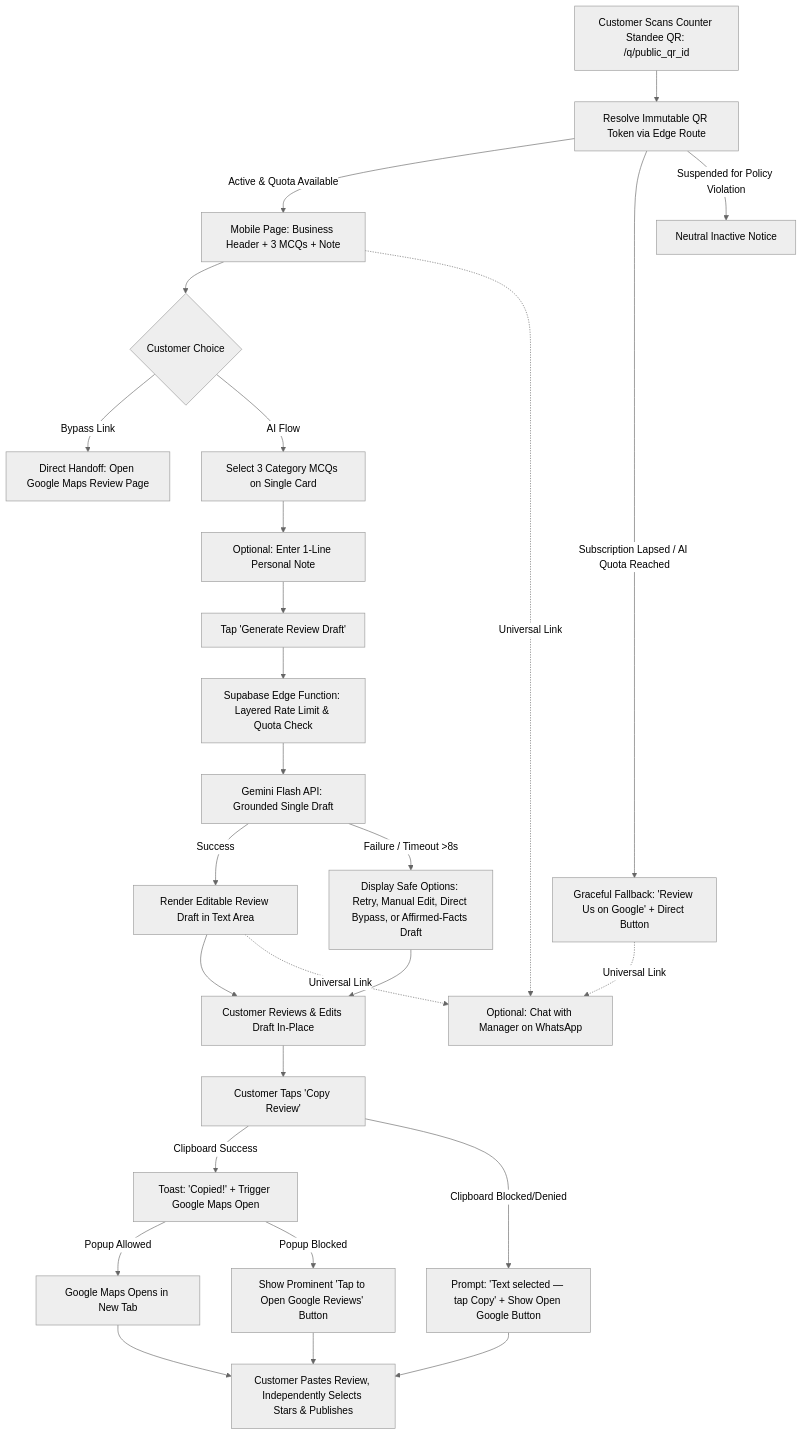
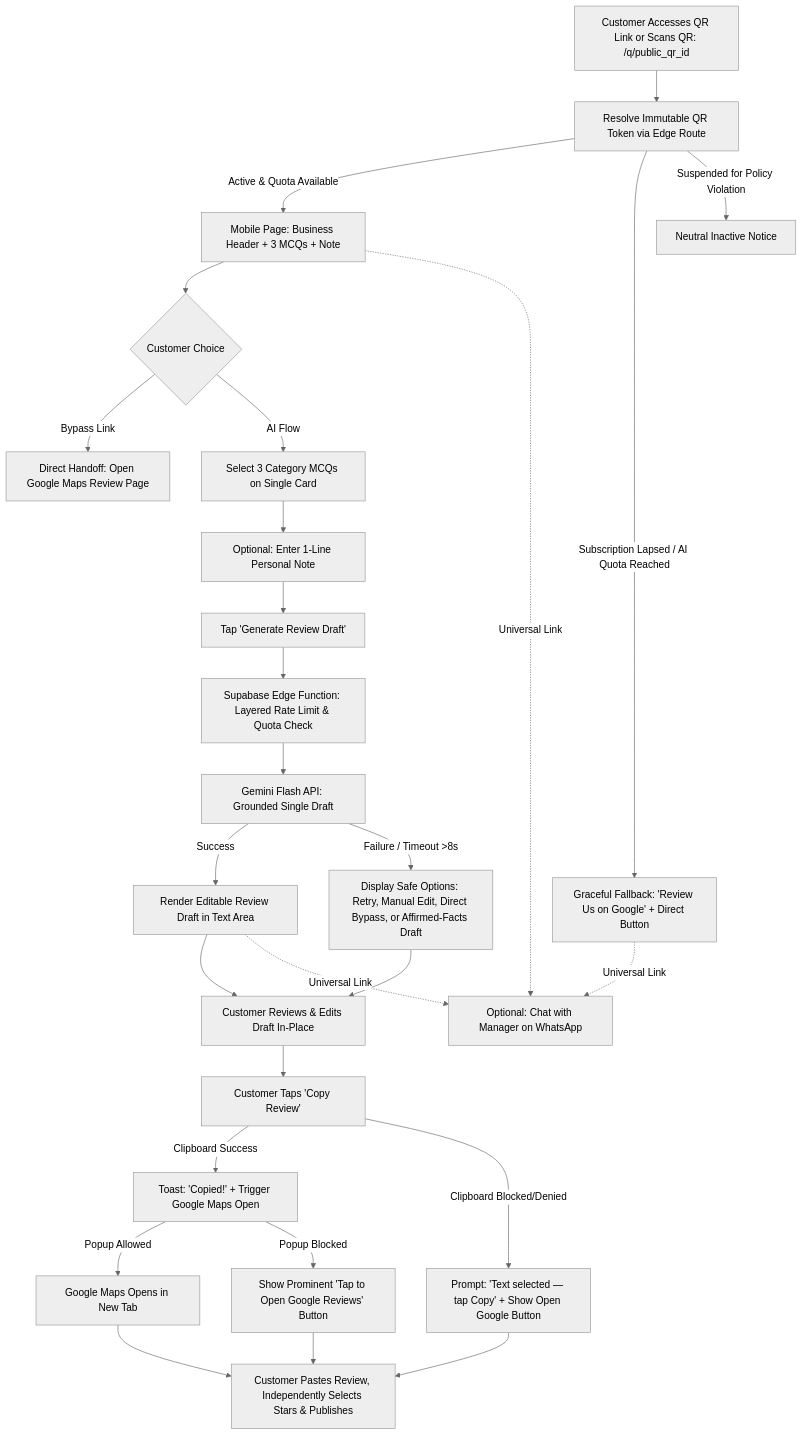
The diagram in docs/PRD.md (Sai-KT/QR_review), drawn with Mermaid (neutral theme) before and after one commit. The commit also changed other lines of this file and 9 other files, not shown here.

````diff
--- a/docs/PRD.md
+++ b/docs/PRD.md
@@ -251,39 +252,39 @@
 ```mermaid
 graph TD
-    A[Customer Scans Counter Standee QR: /q/public_qr_id] --> B[Resolve Immutable QR Token via Edge Route]
-    
+    A[Customer Accesses QR Link or Scans QR: /q/public_qr_id] --> B[Resolve Immutable QR Token via Edge Route]
+
     B -->|Active & Quota Available| C[Mobile Page: Business Header + 3 MCQs + Note]
     B -->|Subscription Lapsed / AI Quota Reached| D[Graceful Fallback: 'Review Us on Google' + Direct Button]
     B -->|Suspended for Policy Violation| E[Neutral Inactive Notice]
-    
+
     C --> F{Customer Choice}
     F -->|Bypass Link| G[Direct Handoff: Open Google Maps Review Page]
-    
+
     F -->|AI Flow| H[Select 3 Category MCQs on Single Card]
     H --> I[Optional: Enter 1-Line Personal Note]
     I --> J[Tap 'Generate Review Draft']
-    
+
     J --> K[Supabase Edge Function: Layered Rate Limit & Quota Check]
     K --> L[Gemini Flash API: Grounded Single Draft]
-    
+
     L -->|Success| M[Render Editable Review Draft in Text Area]
     L -->|Failure / Timeout >8s| N[Display Safe Options: Retry, Manual Edit, Direct Bypass, or Affirmed-Facts Draft]
-    
+
     M --> O[Customer Reviews & Edits Draft In-Place]
     N --> O
-    
+
     O --> P[Customer Taps 'Copy Review']
     P -->|Clipboard Success| Q[Toast: 'Copied!' + Trigger Google Maps Open]
     P -->|Clipboard Blocked/Denied| R[Prompt: 'Text selected — tap Copy' + Show Open Google Button]
-    
+
     Q -->|Popup Allowed| S[Google Maps Opens in New Tab]
     Q -->|Popup Blocked| T[Show Prominent 'Tap to Open Google Reviews' Button]
-    
+
     S --> U[Customer Pastes Review, Independently Selects Stars & Publishes]
     T --> U
     R --> U
-    
+
     C -.->|Universal Link| V[Optional: Chat with Manager on WhatsApp]
     M -.->|Universal Link| V
     D -.->|Universal Link| V
 ```
````
